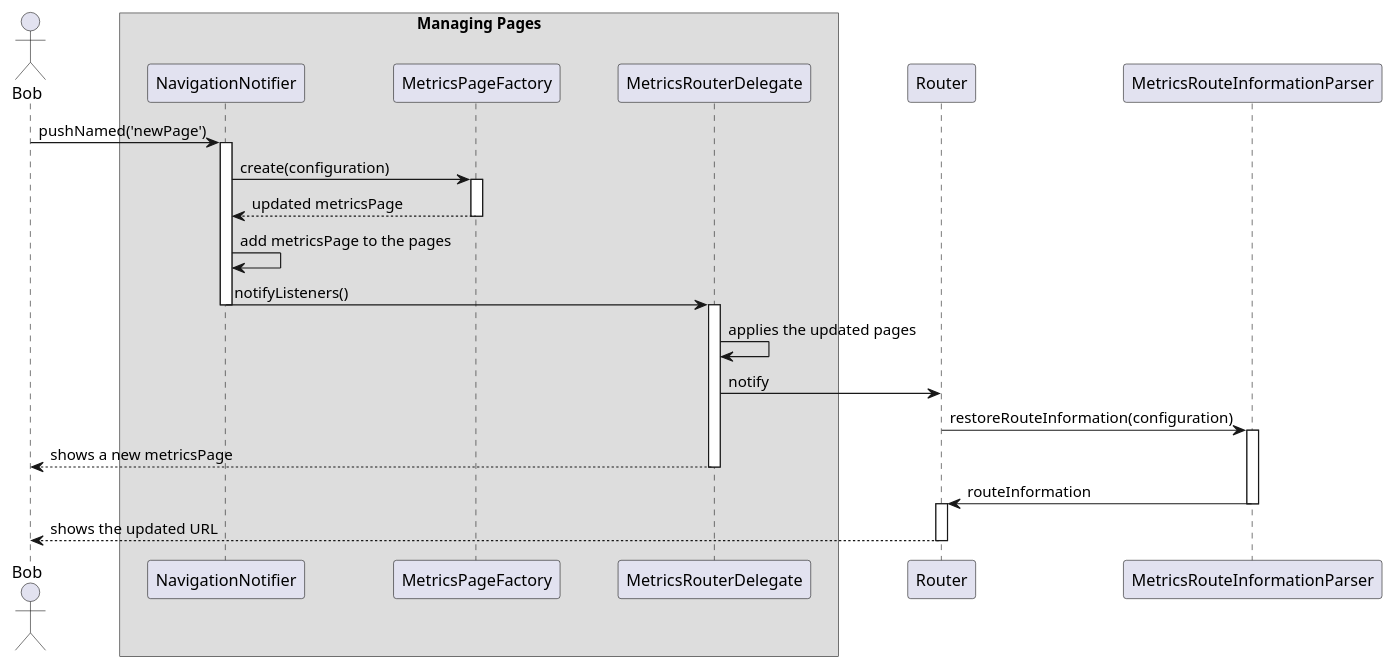
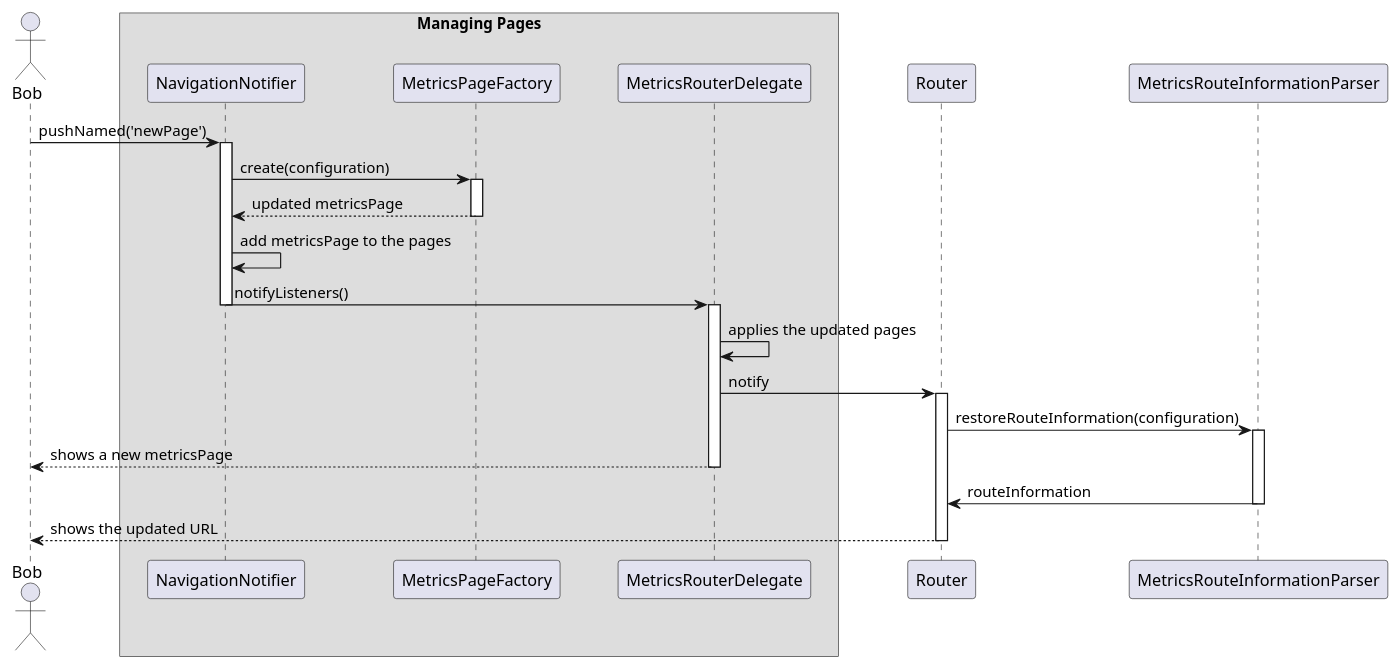
The diagram in metrics/web/docs/features/navigation/diagrams/internal_navigation_sequence_diagram.puml (Flank/flank-dashboard), drawn with PlantUML before and after one commit. The commit also changed other lines of this file and 2 other files, not shown here.

Commit message:
Fix diagram and navigation docs

```diff
--- a/metrics/web/docs/features/navigation/diagrams/internal_navigation_sequence_diagram.puml
+++ b/metrics/web/docs/features/navigation/diagrams/internal_navigation_sequence_diagram.puml
@@ -1,50 +1,50 @@
 @startuml internal_navigation_sequence_diagram
 skinparam ParticipantPadding 20
 skinparam BoxPadding 10
 
 actor Bob
 
 
 
 box Managing Pages
 participant NavigationNotifier
 participant MetricsPageFactory
 participant MetricsRouterDelegate
 endbox
 
 participant Router
 
 participant MetricsRouteInformationParser
 
 Bob -> NavigationNotifier : pushNamed('newPage')
 activate NavigationNotifier
 
 NavigationNotifier -> MetricsPageFactory : create(configuration)
 activate MetricsPageFactory
 
 return updated metricsPage
 
 NavigationNotifier -> NavigationNotifier : add metricsPage to the pages
 
 NavigationNotifier -> MetricsRouterDelegate : notifyListeners()
 deactivate NavigationNotifier
 activate MetricsRouterDelegate
 
 MetricsRouterDelegate -> MetricsRouterDelegate: applies the updated pages
 
 MetricsRouterDelegate -> Router: notify
+activate Router
 
 Router -> MetricsRouteInformationParser : restoreRouteInformation(configuration)
 activate MetricsRouteInformationParser
 
 MetricsRouterDelegate --> Bob : shows a new metricsPage
 deactivate MetricsRouterDelegate
 
 MetricsRouteInformationParser -> Router : routeInformation
 deactivate MetricsRouteInformationParser
-activate Router
 
 Router -->  Bob : shows the updated URL
 deactivate Router
 
 @enduml
```
